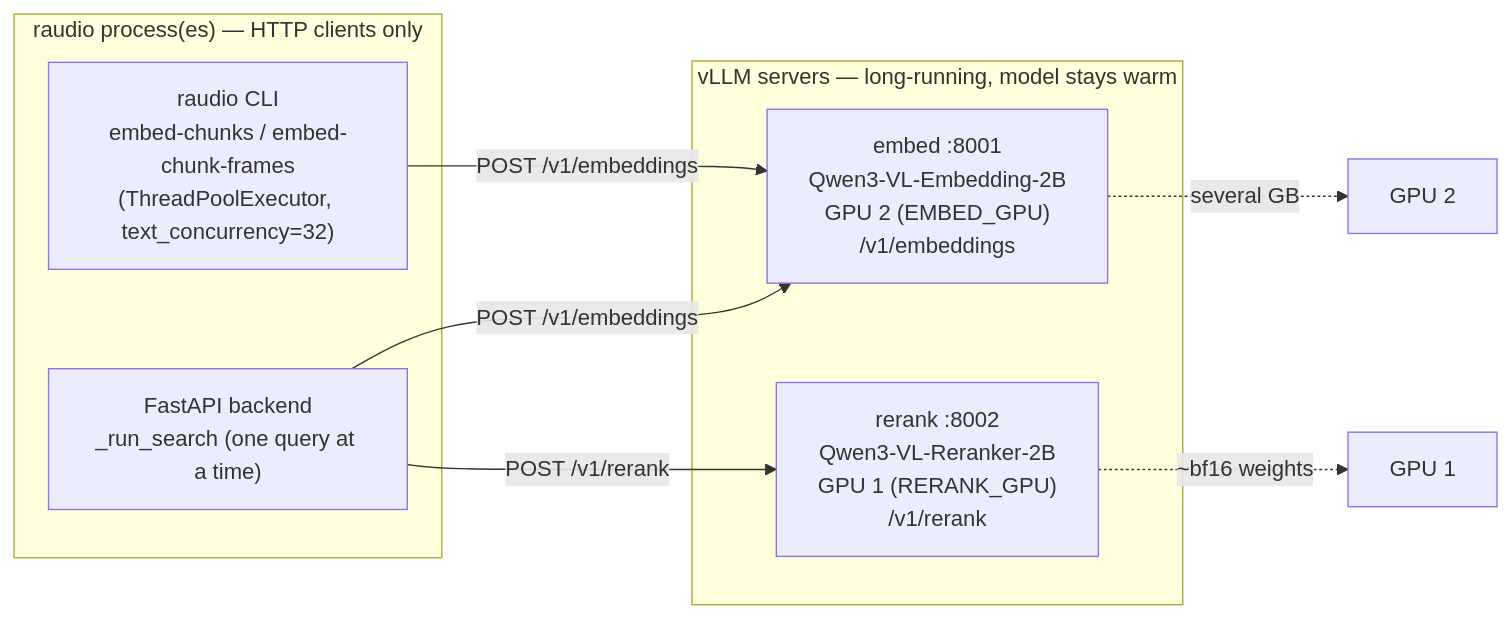
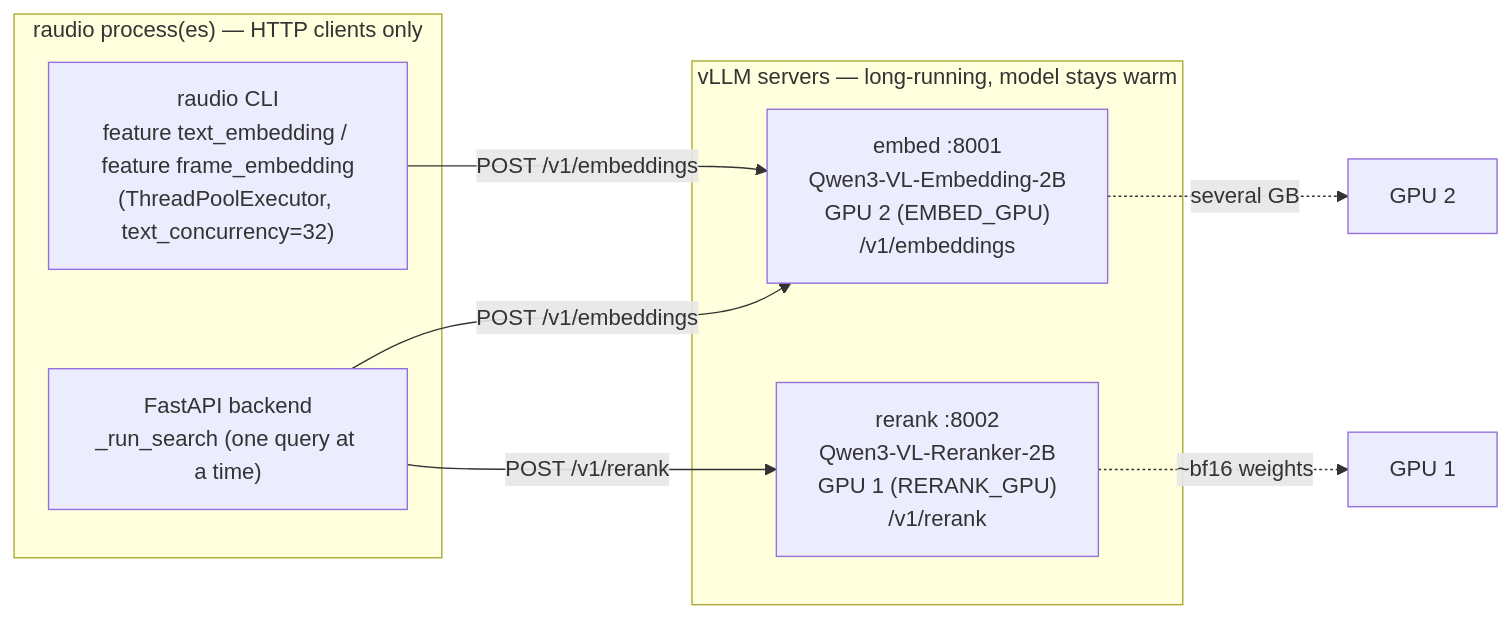
The first of 5 diagrams in docs/EMBEDDINGS.md (Borg93/lance-audio-demo), drawn with Mermaid before and after one commit. The commit also changed other lines of this file and 16 other files, not shown here.

First line of the commit message:
Split cli.py into a cli/ package; sync docs to current architecture

````diff
--- a/docs/EMBEDDINGS.md
+++ b/docs/EMBEDDINGS.md
@@ -67,19 +68,19 @@
 ```mermaid
 flowchart LR
     subgraph clients["raudio process(es) — HTTP clients only"]
-        CLI["raudio CLI<br/>embed-chunks / embed-chunk-frames<br/>(ThreadPoolExecutor, text_concurrency=32)"]
+        CLI["raudio CLI<br/>feature text_embedding / feature frame_embedding<br/>(ThreadPoolExecutor, text_concurrency=32)"]
         API["FastAPI backend<br/>_run_search (one query at a time)"]
     end
 
     subgraph servers["vLLM servers — long-running, model stays warm"]
         EMB["embed :8001<br/>Qwen3-VL-Embedding-2B<br/>GPU 2 (EMBED_GPU)<br/>/v1/embeddings"]
         RER["rerank :8002<br/>Qwen3-VL-Reranker-2B<br/>GPU 1 (RERANK_GPU)<br/>/v1/rerank"]
     end
 
     CLI -->|"POST /v1/embeddings"| EMB
     API -->|"POST /v1/embeddings"| EMB
     API -->|"POST /v1/rerank"| RER
 
     EMB -.->|"several GB"| GPU2["GPU 2"]
     RER -.->|"~bf16 weights"| GPU1["GPU 1"]
 ```
````
